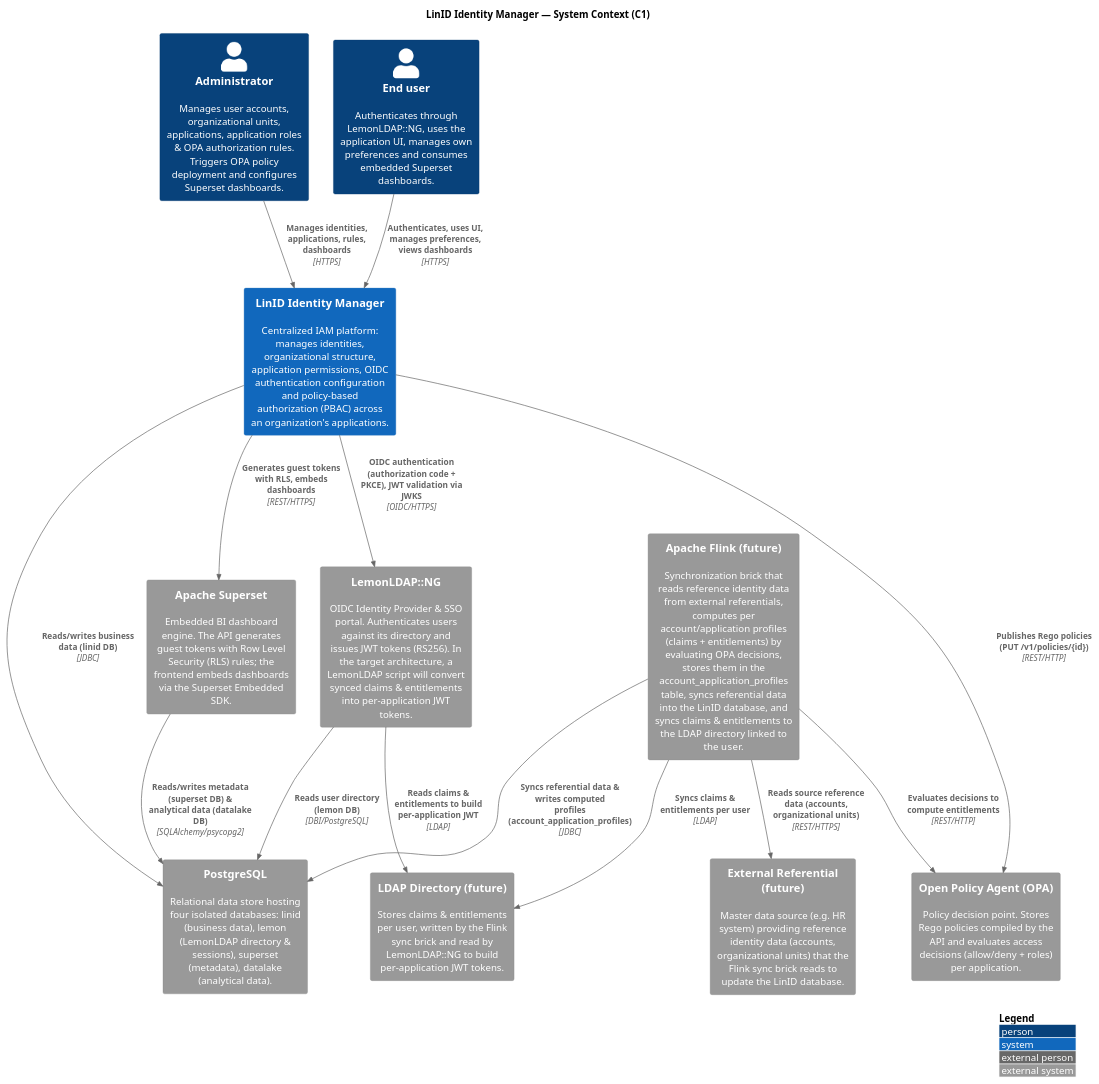
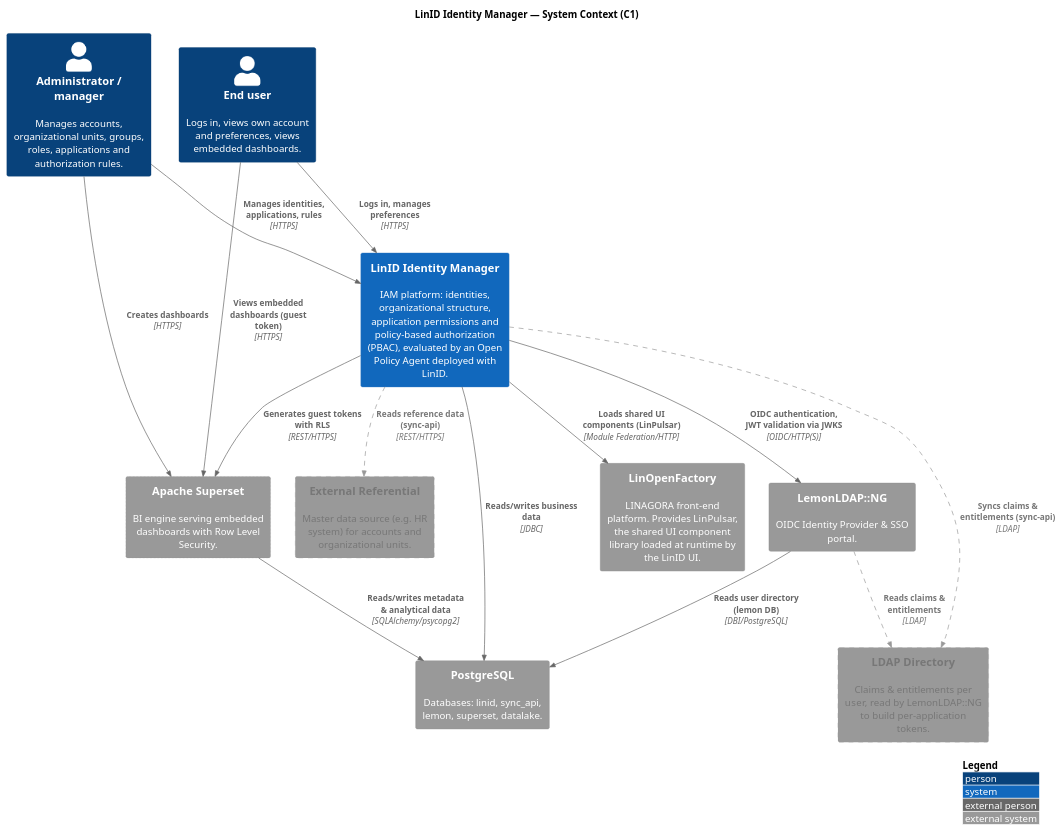
The diagram in docs/c4/C1-system-context.puml (linagora/linid-identity-manager), drawn with PlantUML before and after one commit. The commit also changed 8 other files, not shown here.

Commit message:
docs: improve c1-c3 schemas

```diff
--- a/docs/c4/C1-system-context.puml
+++ b/docs/c4/C1-system-context.puml
@@ -1,47 +1,50 @@
 @startuml C1-System-Context
 ' ============================================================================
 ' LinID Identity Manager — C4 Level 1: System Context
 ' ============================================================================
-!include https://raw.githubusercontent.com/plantuml-stdlib/C4-PlantUML/master/C4_Context.puml
+!include https://raw.githubusercontent.com/plantuml-stdlib/C4-PlantUML/v2.13.0/C4_Context.puml
+
+AddElementTag("future", $fontColor="#777777", $borderColor="#999999", $borderStyle=DashedLine(), $legendText="future (target architecture)")
+AddElementTag("optional", $borderStyle=DottedLine(), $legendText="optional")
+AddRelTag("future", $textColor="#777777", $lineColor="#999999", $lineStyle=DashedLine(), $legendText="future flow")
 
 LAYOUT_WITH_LEGEND()
 title LinID Identity Manager — System Context (C1)
 
 ' --- Actors -----------------------------------------------------------------
-Person(admin, "Administrator", "Manages user accounts, organizational units, applications, application roles & OPA authorization rules. Triggers OPA policy deployment and configures Superset dashboards.")
-Person(enduser, "End user", "Authenticates through LemonLDAP::NG, uses the application UI, manages own preferences and consumes embedded Superset dashboards.")
+Person(admin, "Administrator / manager", "Manages accounts, organizational units, groups, roles, applications and authorization rules.")
+Person(enduser, "End user", "Logs in, views own account and preferences, views embedded dashboards.")
 
 ' --- System -----------------------------------------------------------------
-System(linid, "LinID Identity Manager", "Centralized IAM platform: manages identities, organizational structure, application permissions, OIDC authentication configuration and policy-based authorization (PBAC) across an organization's applications.")
+System(linid, "LinID Identity Manager", "IAM platform: identities, organizational structure, application permissions and policy-based authorization (PBAC), evaluated by an Open Policy Agent deployed with LinID.")
 
 ' --- External systems (current) --------------------------------------------
-System_Ext(lemonldap, "LemonLDAP::NG", "OIDC Identity Provider & SSO portal. Authenticates users against its directory and issues JWT tokens (RS256). In the target architecture, a LemonLDAP script will convert synced claims & entitlements into per-application JWT tokens.")
-System_Ext(opa, "Open Policy Agent (OPA)", "Policy decision point. Stores Rego policies compiled by the API and evaluates access decisions (allow/deny + roles) per application.")
-System_Ext(superset, "Apache Superset", "Embedded BI dashboard engine. The API generates guest tokens with Row Level Security (RLS) rules; the frontend embeds dashboards via the Superset Embedded SDK.")
-System_Ext(postgres, "PostgreSQL", "Relational data store hosting four isolated databases: linid (business data), lemon (LemonLDAP directory & sessions), superset (metadata), datalake (analytical data).")
+System_Ext(lof, "LinOpenFactory", "LINAGORA front-end platform. Provides LinPulsar, the shared UI component library loaded at runtime by the LinID UI.")
+System_Ext(lemonldap, "LemonLDAP::NG", "OIDC Identity Provider & SSO portal.")
+System_Ext(superset, "Apache Superset", "BI engine serving embedded dashboards with Row Level Security.", $tags="optional")
+System_Ext(postgres, "PostgreSQL", "Databases: linid, sync_api, lemon, superset, datalake.")
 
-' --- External systems (future / target architecture) -----------------------
-System_Ext(flink, "Apache Flink (future)", "Synchronization brick that reads reference identity data from external referentials, computes per account/application profiles (claims + entitlements) by evaluating OPA decisions, stores them in the account_application_profiles table, syncs referential data into the LinID database, and syncs claims & entitlements to the LDAP directory linked to the user.")
-System_Ext(ldap, "LDAP Directory (future)", "Stores claims & entitlements per user, written by the Flink sync brick and read by LemonLDAP::NG to build per-application JWT tokens.")
-System_Ext(referentiel, "External Referential (future)", "Master data source (e.g. HR system) providing reference identity data (accounts, organizational units) that the Flink sync brick reads to update the LinID database.")
+' --- External systems (future) ---------------------------------------------
+System_Ext(ldap, "LDAP Directory", "Claims & entitlements per user, read by LemonLDAP::NG to build per-application tokens.", $tags="future")
+System_Ext(referentiel, "External Referential", "Master data source (e.g. HR system) for accounts and organizational units.", $tags="future")
 
 ' --- Relationships (current) ------------------------------------------------
-Rel(admin, linid, "Manages identities, applications, rules, dashboards", "HTTPS")
-Rel(enduser, linid, "Authenticates, uses UI, manages preferences, views dashboards", "HTTPS")
+Rel(admin, linid, "Manages identities, applications, rules", "HTTPS")
+Rel(enduser, linid, "Logs in, manages preferences", "HTTPS")
+Rel(admin, superset, "Creates dashboards", "HTTPS")
+Rel(enduser, superset, "Views embedded dashboards (guest token)", "HTTPS")
 
-Rel(linid, lemonldap, "OIDC authentication (authorization code + PKCE), JWT validation via JWKS", "OIDC/HTTPS")
-Rel(linid, opa, "Publishes Rego policies (PUT /v1/policies/{id})", "REST/HTTP")
-Rel(linid, superset, "Generates guest tokens with RLS, embeds dashboards", "REST/HTTPS")
-Rel(linid, postgres, "Reads/writes business data (linid DB)", "JDBC")
+Rel(linid, lof, "Loads shared UI components (LinPulsar)", "Module Federation/HTTP")
+Rel(linid, lemonldap, "OIDC authentication, JWT validation via JWKS", "OIDC/HTTP(S)")
+Rel(linid, superset, "Generates guest tokens with RLS", "REST/HTTPS")
+Rel(linid, postgres, "Reads/writes business data", "JDBC")
 
 Rel(lemonldap, postgres, "Reads user directory (lemon DB)", "DBI/PostgreSQL")
-Rel(superset, postgres, "Reads/writes metadata (superset DB) & analytical data (datalake DB)", "SQLAlchemy/psycopg2")
+Rel(superset, postgres, "Reads/writes metadata & analytical data", "SQLAlchemy/psycopg2")
 
-' --- Relationships (future / target architecture) --------------------------
-Rel(flink, referentiel, "Reads source reference data (accounts, organizational units)", "REST/HTTPS")
-Rel(flink, opa, "Evaluates decisions to compute entitlements", "REST/HTTP")
-Rel(flink, postgres, "Syncs referential data & writes computed profiles (account_application_profiles)", "JDBC")
-Rel(flink, ldap, "Syncs claims & entitlements per user", "LDAP")
-Rel(lemonldap, ldap, "Reads claims & entitlements to build per-application JWT", "LDAP")
+' --- Relationships (future) -------------------------------------------------
+Rel(linid, referentiel, "Reads reference data (sync-api)", "REST/HTTPS", $tags="future")
+Rel(linid, ldap, "Syncs claims & entitlements (sync-api)", "LDAP", $tags="future")
+Rel(lemonldap, ldap, "Reads claims & entitlements", "LDAP", $tags="future")
 
 @enduml
```
